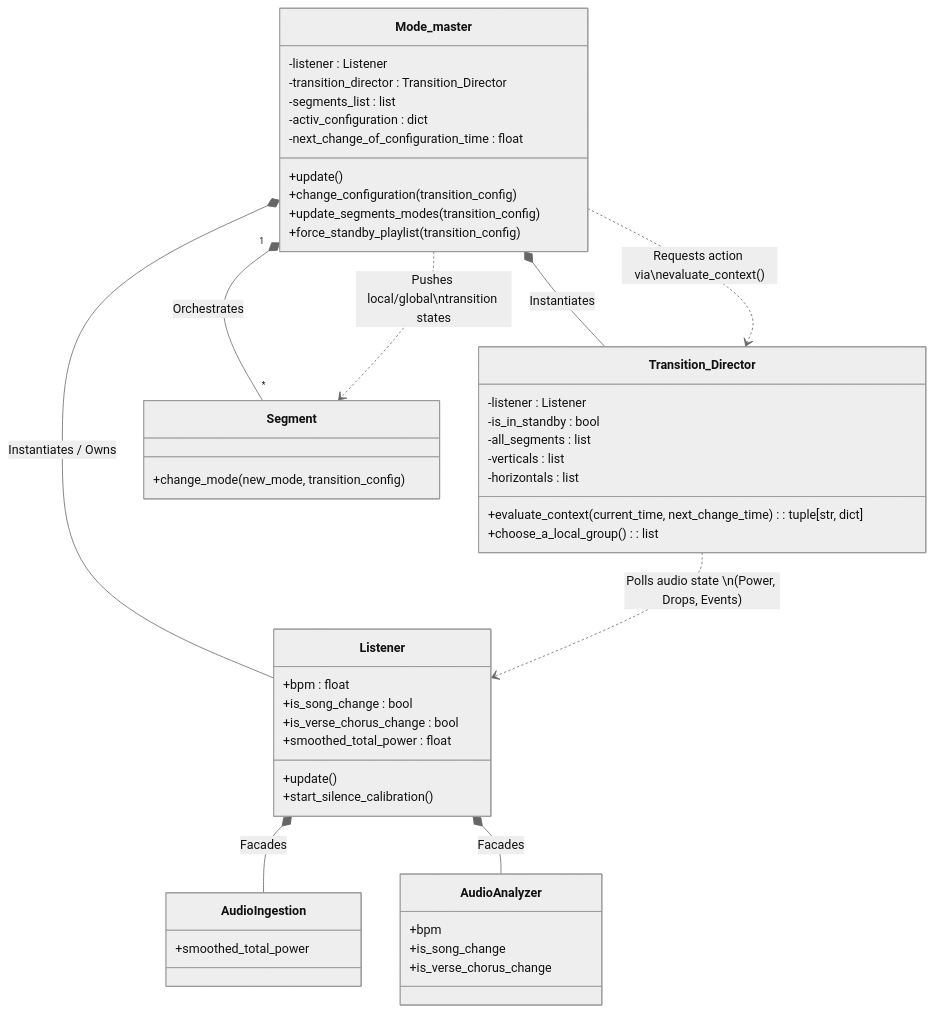
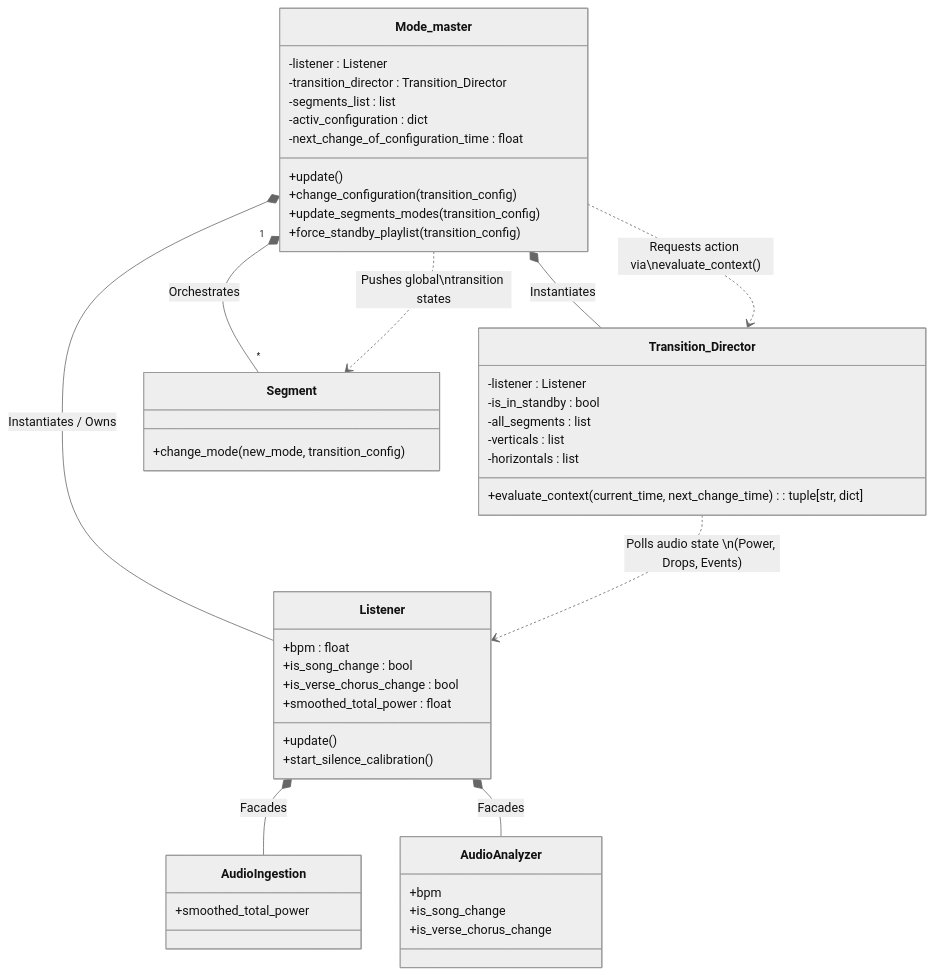
One commit to LucRobey/vialactee changed the diagram in core/README.md. Above: the diagram before and after it, drawn with Mermaid (neutral theme). The commit also changed 7 other files, not shown here.

````diff
--- a/core/README.md
+++ b/core/README.md
@@ -21,65 +21,64 @@
 ```mermaid
 classDiagram
     %% Core Orchestration
     class Mode_master {
         -listener : Listener
         -transition_director : Transition_Director
         -segments_list : list
         -activ_configuration : dict
         -next_change_of_configuration_time : float
         +update()
         +change_configuration(transition_config)
         +update_segments_modes(transition_config)
         +force_standby_playlist(transition_config)
     }
 
     %% Spatial & Transition Logic Filter
     class Transition_Director {
         -listener : Listener
         -is_in_standby : bool
         -all_segments : list
         -verticals : list
         -horizontals : list
         +evaluate_context(current_time, next_change_time) : tuple[str, dict]
-        +choose_a_local_group() : list
     }
 
     %% Audio Facade & Analyzers
     class Listener {
         +bpm : float
         +is_song_change : bool
         +is_verse_chorus_change : bool
         +smoothed_total_power : float
         +update()
         +start_silence_calibration()
     }
 
     class AudioIngestion {
         +smoothed_total_power
     }
   
     class AudioAnalyzer {
         +bpm
         +is_song_change
         +is_verse_chorus_change
     }
 
     %% Hardware & Visual Outputs
     class Segment {
         +change_mode(new_mode, transition_config)
     }
 
     %% --- Relationships and Interactions ---
 
     %% Composition / Ownership
     Mode_master *-- Transition_Director : Instantiates
     Mode_master *-- Listener : Instantiates / Owns
     Mode_master "1" *-- "*" Segment : Orchestrates
     Listener *-- AudioIngestion : Facades
     Listener *-- AudioAnalyzer : Facades
 
     %% Logic Flow
     Transition_Director ..> Listener : Polls audio state \n(Power, Drops, Events)
     Mode_master ..> Transition_Director : Requests action via\nevaluate_context()
-    Mode_master ..> Segment : Pushes local/global\ntransition states
+    Mode_master ..> Segment : Pushes global\ntransition states
 ```
````
